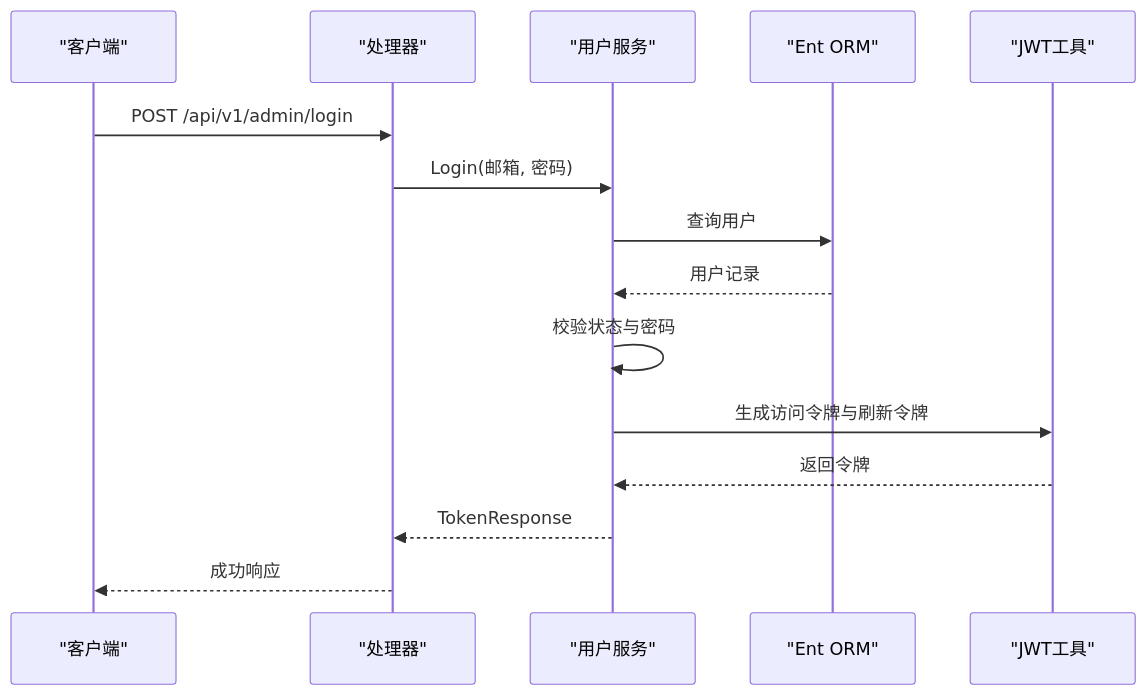
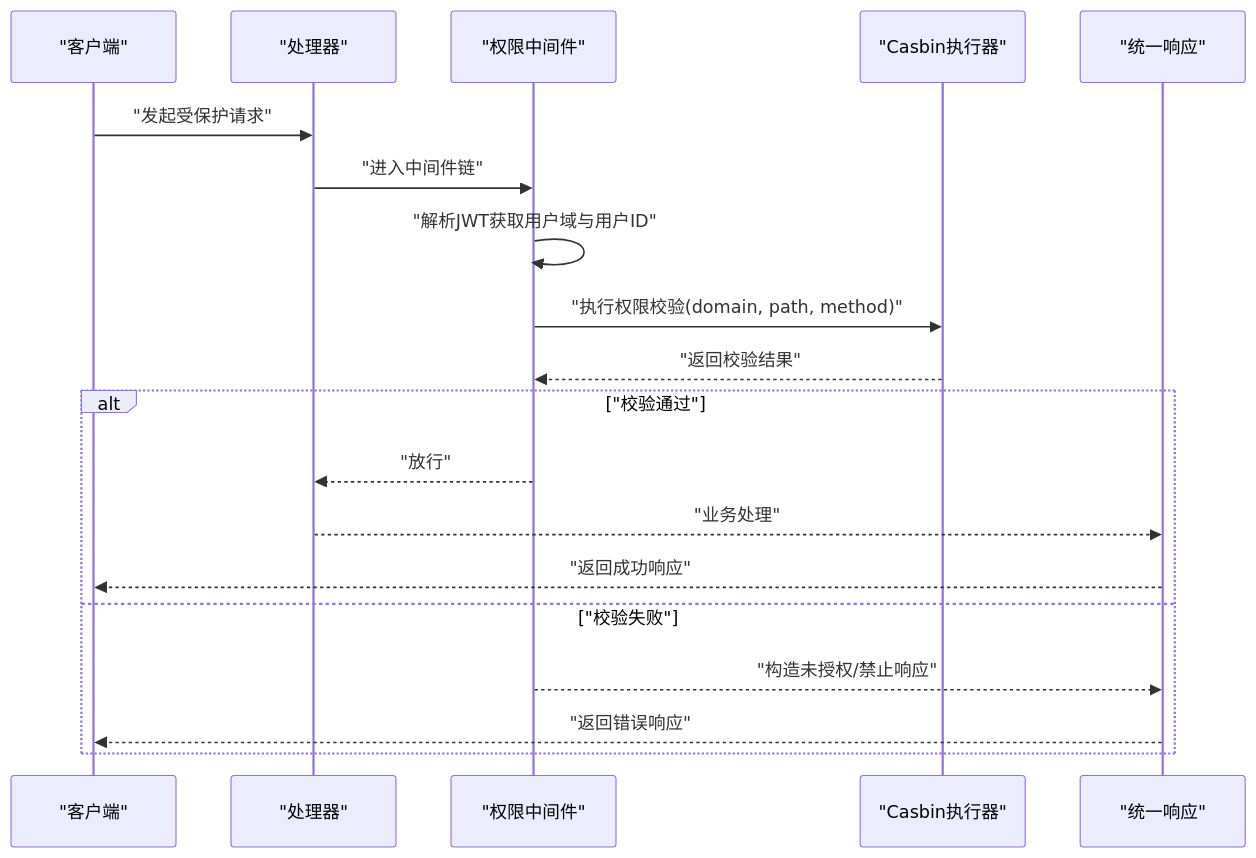
One commit to wuwuseo/e-sports-go-admin changed the third of 8 diagrams in .qoder/repowiki/zh/content/项目概述.md. Above: the diagram before and after it, drawn with Mermaid. The commit also changed other lines of this file and 141 other files, not shown here.

````diff
--- a/.qoder/repowiki/zh/content/项目概述.md
+++ b/.qoder/repowiki/zh/content/项目概述.md
@@ -165,17 +185,21 @@
 ```mermaid
 sequenceDiagram
 participant Client as "客户端"
 participant Handler as "处理器"
-participant Service as "用户服务"
-participant ORM as "Ent ORM"
-participant JWT as "JWT工具"
-Client->>Handler : POST /api/v1/admin/login
-Handler->>Service : Login(邮箱, 密码)
-Service->>ORM : 查询用户
-ORM-->>Service : 用户记录
-Service->>Service : 校验状态与密码
-Service->>JWT : 生成访问令牌与刷新令牌
-JWT-->>Service : 返回令牌
-Service-->>Handler : TokenResponse
-Handler-->>Client : 成功响应
+participant MW as "权限中间件"
+participant Enf as "Casbin执行器"
+participant Resp as "统一响应"
+Client->>Handler : "发起受保护请求"
+Handler->>MW : "进入中间件链"
+MW->>MW : "解析JWT获取用户域与用户ID"
+MW->>Enf : "执行权限校验(domain, path, method)"
+Enf-->>MW : "返回校验结果"
+alt "校验通过"
+MW-->>Handler : "放行"
+Handler-->>Resp : "业务处理"
+Resp-->>Client : "返回成功响应"
+else "校验失败"
+MW-->>Resp : "构造未授权/禁止响应"
+Resp-->>Client : "返回错误响应"
+end
 ```
````
